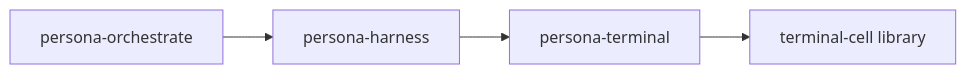
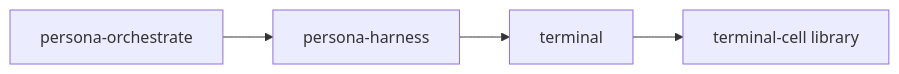
Before and after one commit to LiGoldragon/meta-signal-terminal: the diagram in ARCHITECTURE.md, drawn with Mermaid. The commit also changed other lines of this file and 8 other files, not shown here.

Commit message:
owner-signal-terminal: rename from owner-signal-persona-terminal

````diff
--- a/ARCHITECTURE.md
+++ b/ARCHITECTURE.md
@@ -16,6 +16,6 @@
 ```mermaid
 flowchart LR
     orchestrate["persona-orchestrate"] --> harness["persona-harness"]
-    harness --> terminal["persona-terminal"]
+    harness --> terminal["terminal"]
     terminal --> cell["terminal-cell library"]
 ```
````
